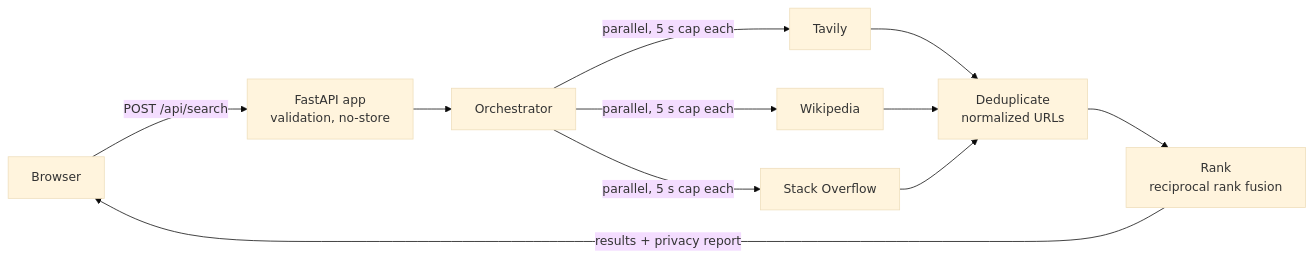
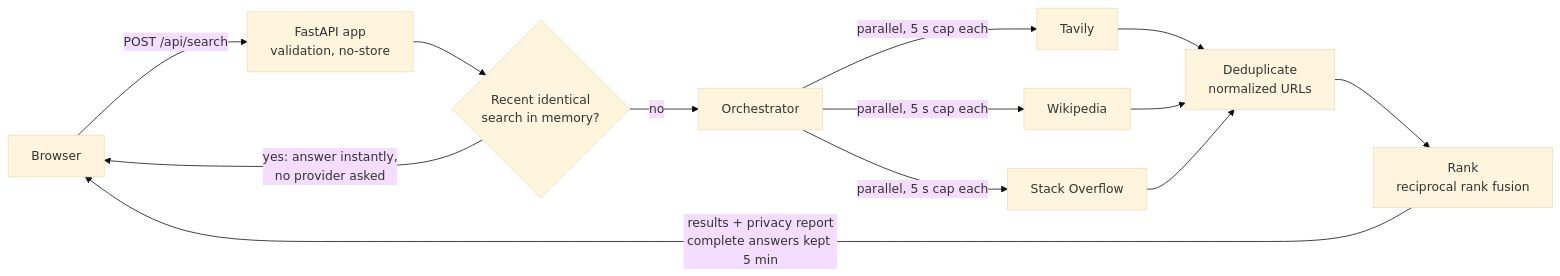
Before and after one commit to topukumar538/private-search: the diagram in README.md, drawn with Mermaid (base theme). The commit also changed other lines of this file, not shown here.

Commit message:
Document the search cache and its privacy limits

````diff
--- a/README.md
+++ b/README.md
@@ -13,13 +13,15 @@
 ```mermaid
 flowchart LR
     U[Browser] -->|POST /api/search| A[FastAPI app<br/>validation, no-store]
-    A --> O[Orchestrator]
+    A --> K{Recent identical<br/>search in memory?}
+    K -->|yes: answer instantly,<br/>no provider asked| U
+    K -->|no| O[Orchestrator]
     O -->|parallel, 5 s cap each| T[Tavily]
     O -->|parallel, 5 s cap each| W[Wikipedia]
     O -->|parallel, 5 s cap each| S[Stack Overflow]
     T --> D[Deduplicate<br/>normalized URLs]
     W --> D
     S --> D
     D --> R[Rank<br/>reciprocal rank fusion]
-    R -->|results + privacy report| U
+    R -->|results + privacy report<br/>complete answers kept 5 min| U
 ```
````
